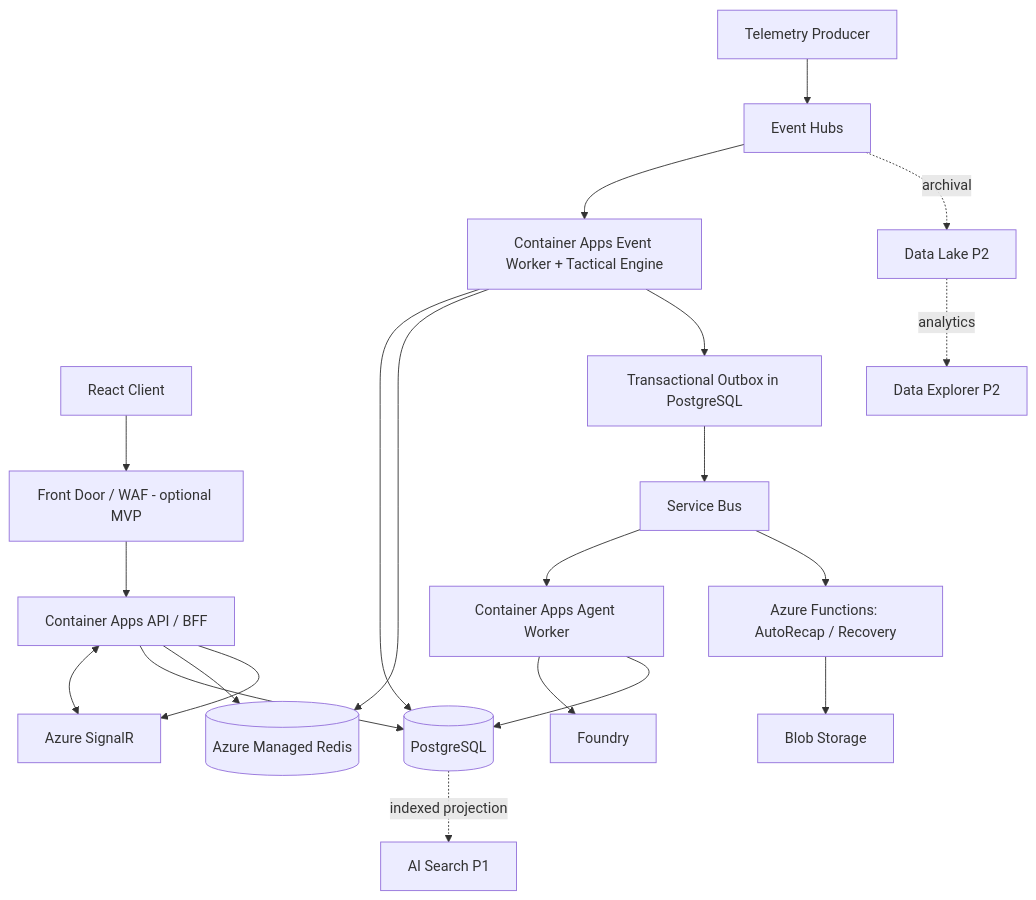
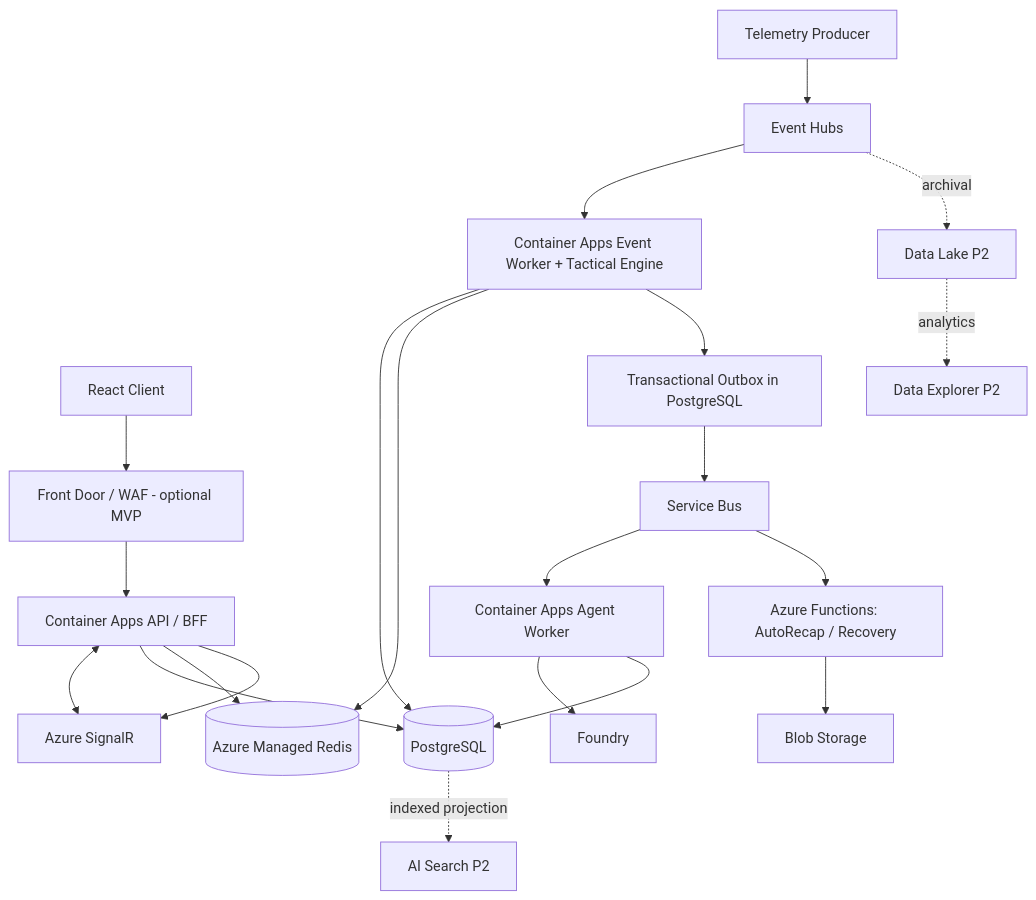
Before and after one commit to prateekgangopadhyay/PitchMind: the diagram in docs/architecture/02-container.md, drawn with Mermaid. The commit also changed other lines of this file and 44 other files, not shown here.

````diff
--- a/docs/architecture/02-container.md
+++ b/docs/architecture/02-container.md
@@ -3,23 +3,23 @@
 ```mermaid
 flowchart TB
   Browser[React Client] --> Edge[Front Door / WAF - optional MVP]
   Edge --> API[Container Apps API / BFF]
   API <--> SignalR[Azure SignalR]
   Feed[Telemetry Producer] --> EH[Event Hubs]
   EH --> Worker[Container Apps Event Worker + Tactical Engine]
   Worker --> PG[(PostgreSQL)]
   Worker --> Cache[(Azure Managed Redis)]
   Worker --> Outbox[Transactional Outbox in PostgreSQL]
   Outbox --> Bus[Service Bus]
   Bus --> Agents[Container Apps Agent Worker]
   Bus --> Fn[Azure Functions: AutoRecap / Recovery]
   Agents --> Foundry[Foundry]
   Agents --> PG
   Fn --> Blob[Blob Storage]
   API --> PG
   API --> Cache
   API --> SignalR
   EH -. archival .-> Lake[Data Lake P2]
   Lake -. analytics .-> ADX[Data Explorer P2]
-  PG -. indexed projection .-> Search[AI Search P1]
+  PG -. indexed projection .-> Search[AI Search P2]
 ```
````
